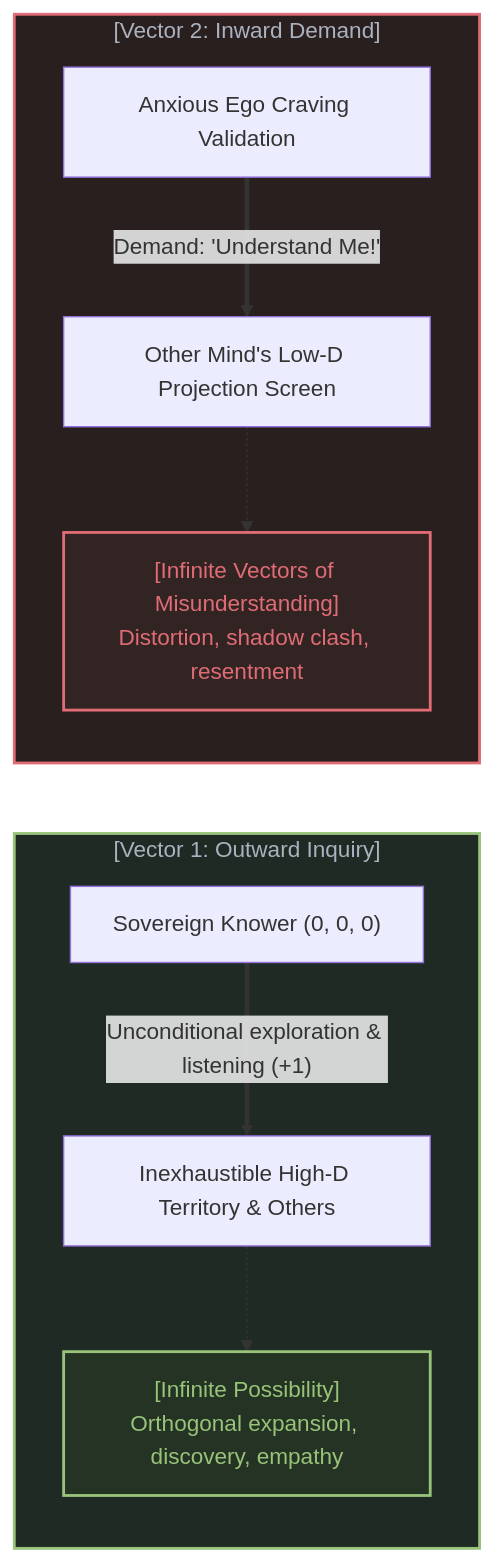
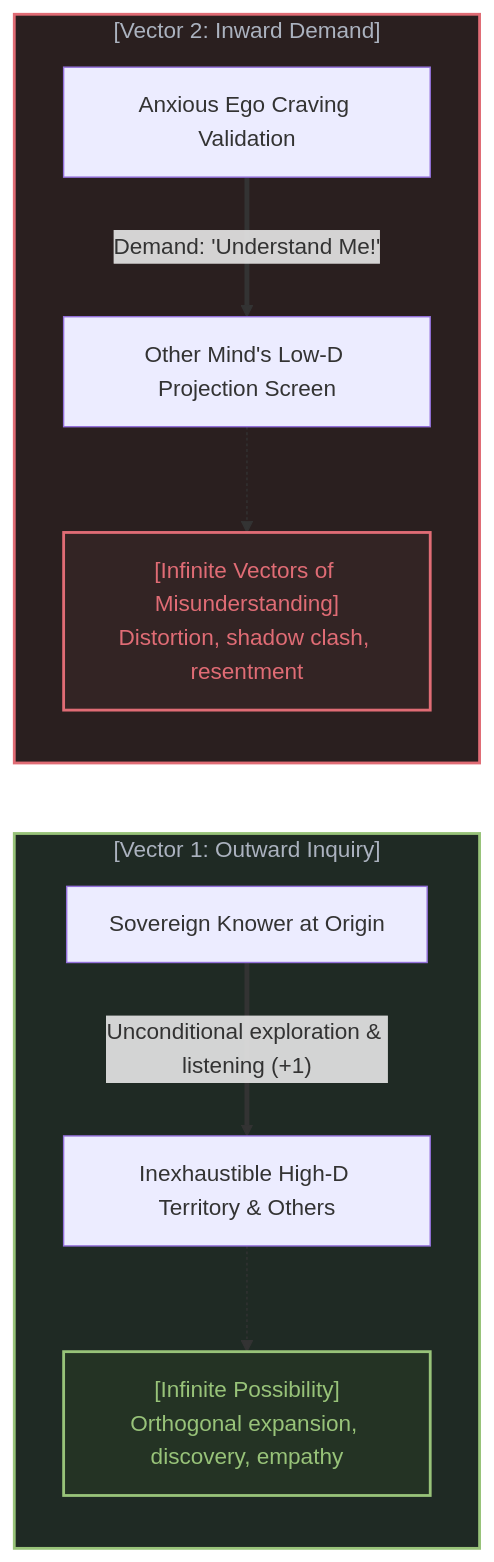
The second of 8 diagrams in content/posts/the-asymmetry-of-understanding.md (powerpig99/not-a-toe), drawn with Mermaid before and after one commit. The commit also changed other lines of this file and 15 other files, not shown here.

````diff
--- a/content/posts/the-asymmetry-of-understanding.md
+++ b/content/posts/the-asymmetry-of-understanding.md
@@ -51,23 +51,23 @@
 ```mermaid
 graph LR
     subgraph OutwardVector["[Vector 1: Outward Inquiry]"]
-        SelfActive["Sovereign Knower (0, 0, 0)"]
+        SelfActive["Sovereign Knower at Origin"]
         World["Inexhaustible High-D Territory & Others"]
         SelfActive ==>|"Unconditional exploration & listening (+1)"| World
         ResultA["[Infinite Possibility]<br>Orthogonal expansion, discovery, empathy"]
         World -.-> ResultA
     end
 
     subgraph InwardVector["[Vector 2: Inward Demand]"]
         SelfPassive["Anxious Ego Craving Validation"]
         OtherScreen["Other Mind's Low-D Projection Screen"]
         SelfPassive ==>|"Demand: 'Understand Me!'"| OtherScreen
         ResultB["[Infinite Vectors of Misunderstanding]<br>Distortion, shadow clash, resentment"]
         OtherScreen -.-> ResultB
     end
 
     style OutwardVector fill:#1f2a24,stroke:#98c379,stroke-width:2px,color:#abb2bf
     style InwardVector fill:#2a1f1f,stroke:#e06c75,stroke-width:2px,color:#abb2bf
     style ResultA fill:#243324,stroke:#98c379,stroke-width:2px,color:#98c379
     style ResultB fill:#332424,stroke:#e06c75,stroke-width:2px,color:#e06c75
 ```
````
